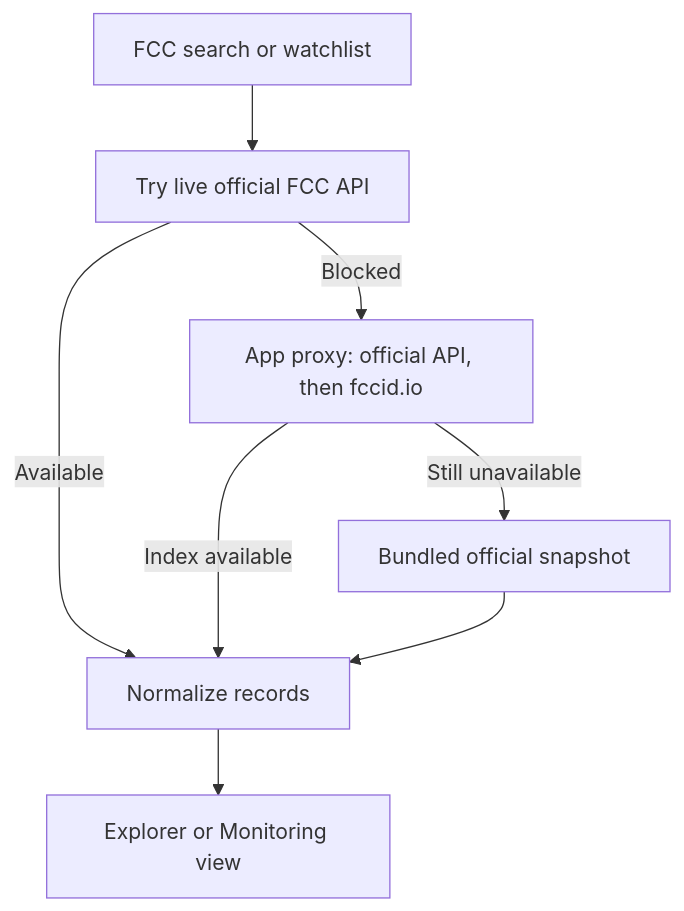
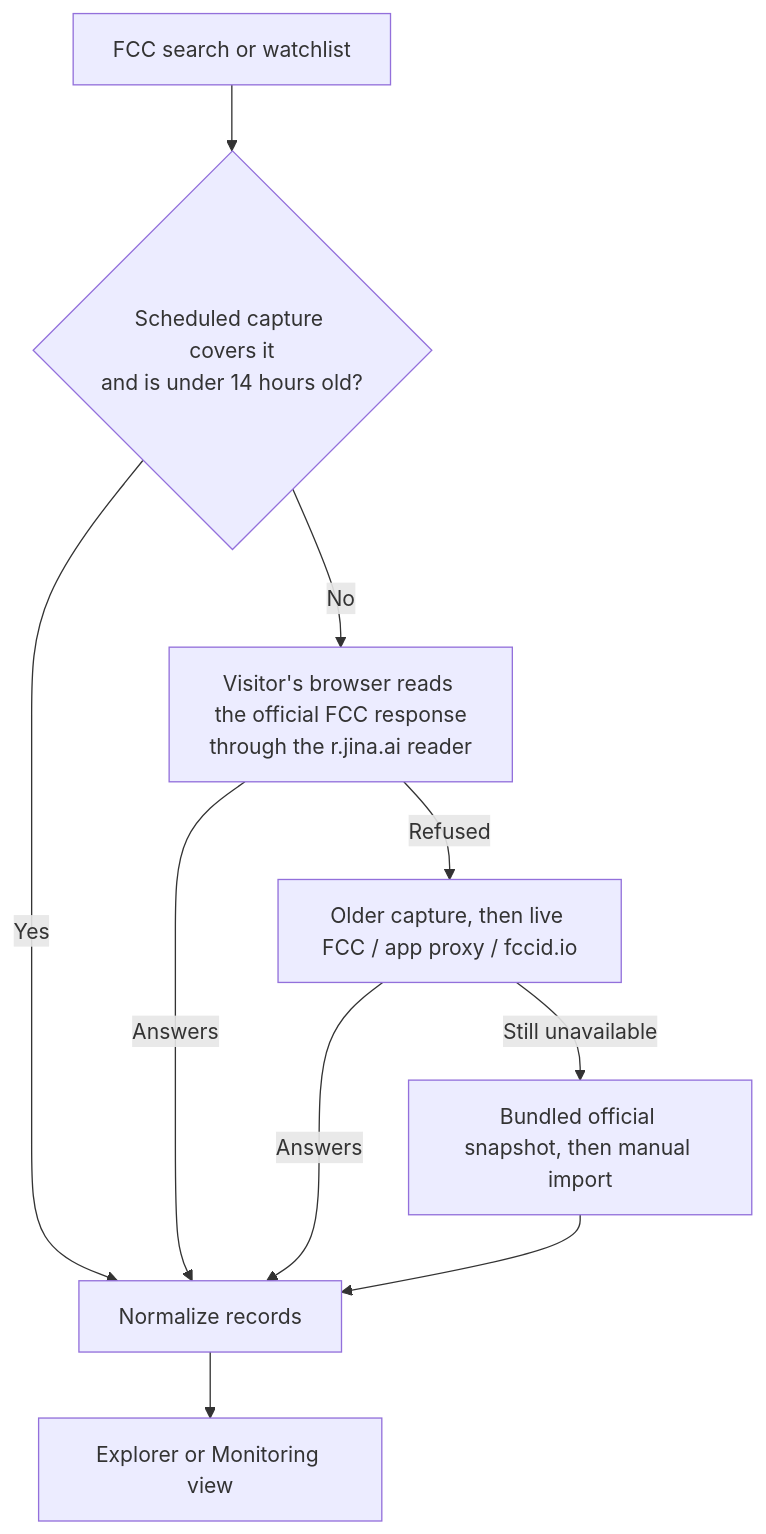
Before and after one commit to ahmedbins/fda_device: the third of 3 diagrams in README.md, drawn with Mermaid. The commit also changed other lines of this file and 5 other files, not shown here.

First line of the commit message:
Document the FCC capture fix, the browser reader fallback and recent changes

````diff
--- a/README.md
+++ b/README.md
@@ -148,10 +148,12 @@
 ```mermaid
 flowchart TD
-  U["FCC search or watchlist"] --> L["Try live official FCC API"]
-  L -->|Available| N["Normalize records"]
-  L -->|Blocked| P["App proxy: official API, then fccid.io"]
-  P -->|Index available| N
-  P -->|Still unavailable| S["Bundled official snapshot"]
+  U["FCC search or watchlist"] --> C{"Scheduled capture covers it<br/>and is under 14 hours old?"}
+  C -->|Yes| N["Normalize records"]
+  C -->|No| R["Visitor's browser reads the official FCC response<br/>through the r.jina.ai reader"]
+  R -->|Answers| N
+  R -->|Refused| O["Older capture, then live FCC / app proxy / fccid.io"]
+  O -->|Answers| N
+  O -->|Still unavailable| S["Bundled official snapshot, then manual import"]
   S --> N
   N --> V["Explorer or Monitoring view"]
 ```
````
